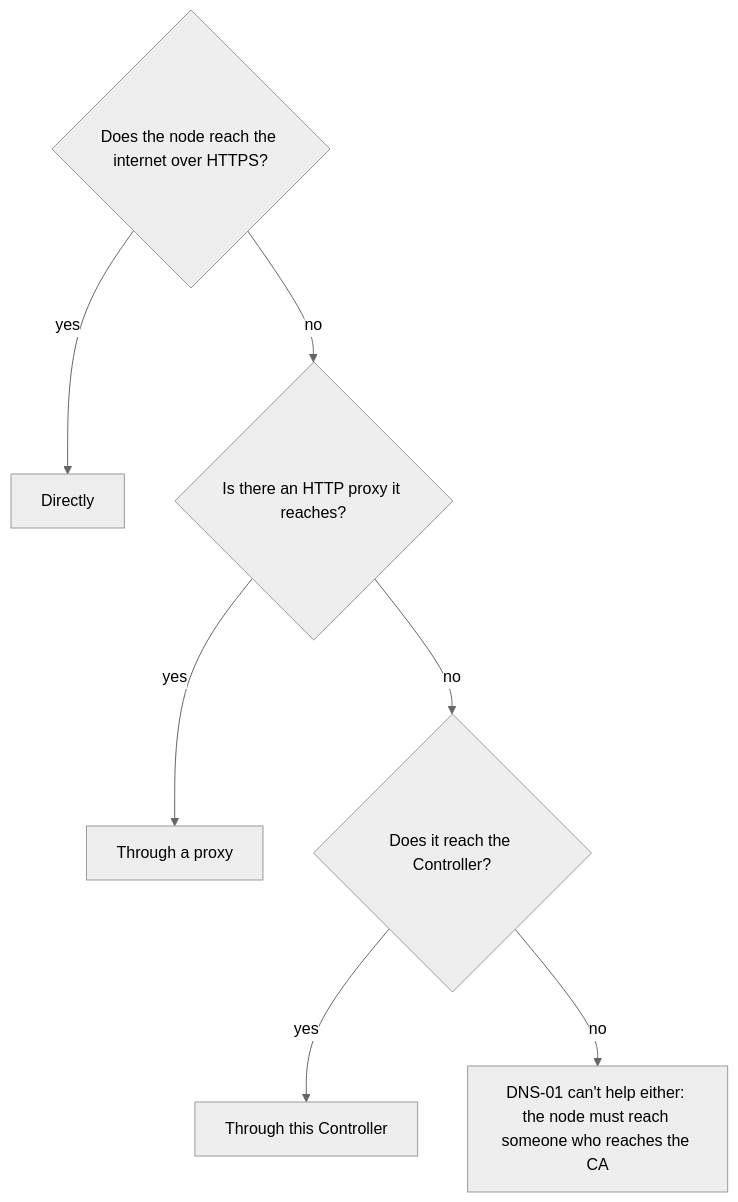
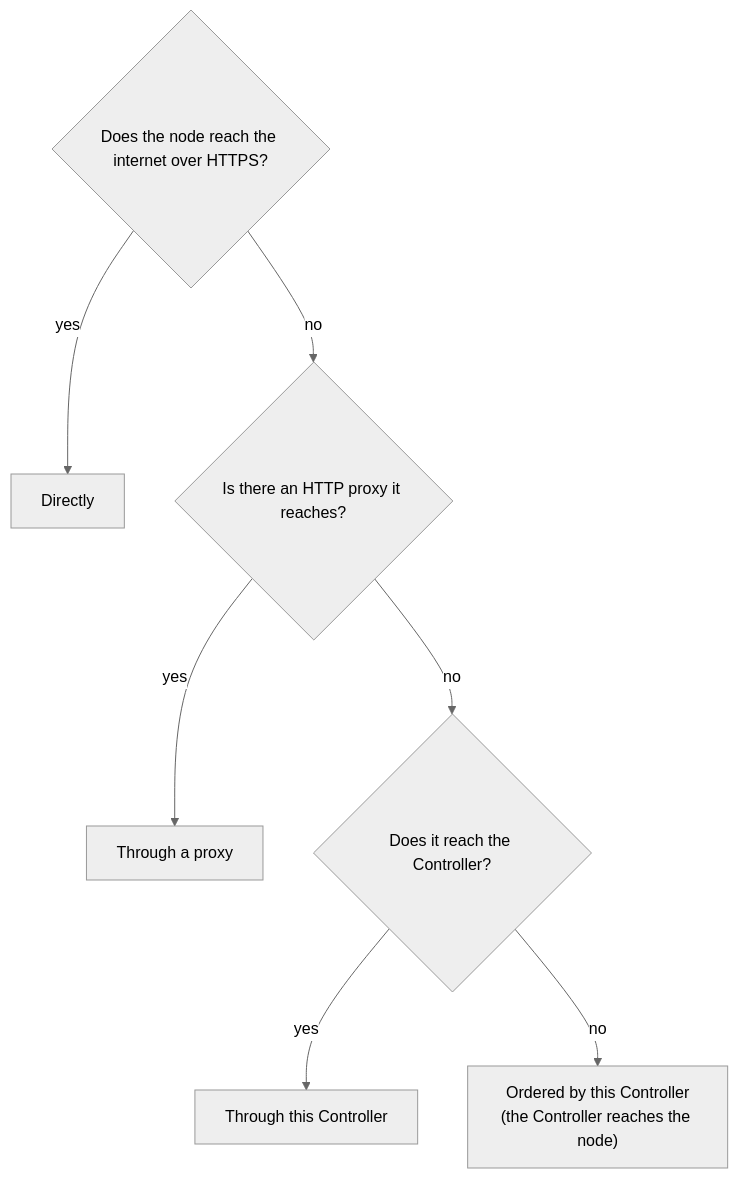
One commit to swenske/Janus changed the diagram in docs/letsencrypt.md. Above: the diagram before and after it, drawn with Mermaid (neutral theme). The commit also changed other lines of this file and 20 other files, not shown here.

````diff
--- a/docs/letsencrypt.md
+++ b/docs/letsencrypt.md
@@ -78,11 +79,11 @@
 ```mermaid
 flowchart TD
   accTitle: Which way to Let's Encrypt
-  accDescr: A node that reaches the internet goes directly; one behind an HTTP proxy goes through it; one that reaches only the Controller goes through the Controller's relay.
+  accDescr: A node that reaches the internet goes directly; one behind an HTTP proxy goes through it; one that reaches only the Controller goes through the Controller's relay; one that reaches nothing has the Controller order its certificates.
   q1{"Does the node reach the internet over HTTPS?"} -->|yes| direct["Directly"]
   q1 -->|no| q2{"Is there an HTTP proxy it reaches?"}
   q2 -->|yes| proxy["Through a proxy"]
   q2 -->|no| q3{"Does it reach the Controller?"}
   q3 -->|yes| relay["Through this Controller"]
-  q3 -->|no| none["DNS-01 can't help either: the node must reach someone who reaches the CA"]
+  q3 -->|no| ordered["Ordered by this Controller<br/>(the Controller reaches the node)"]
 ```
````
